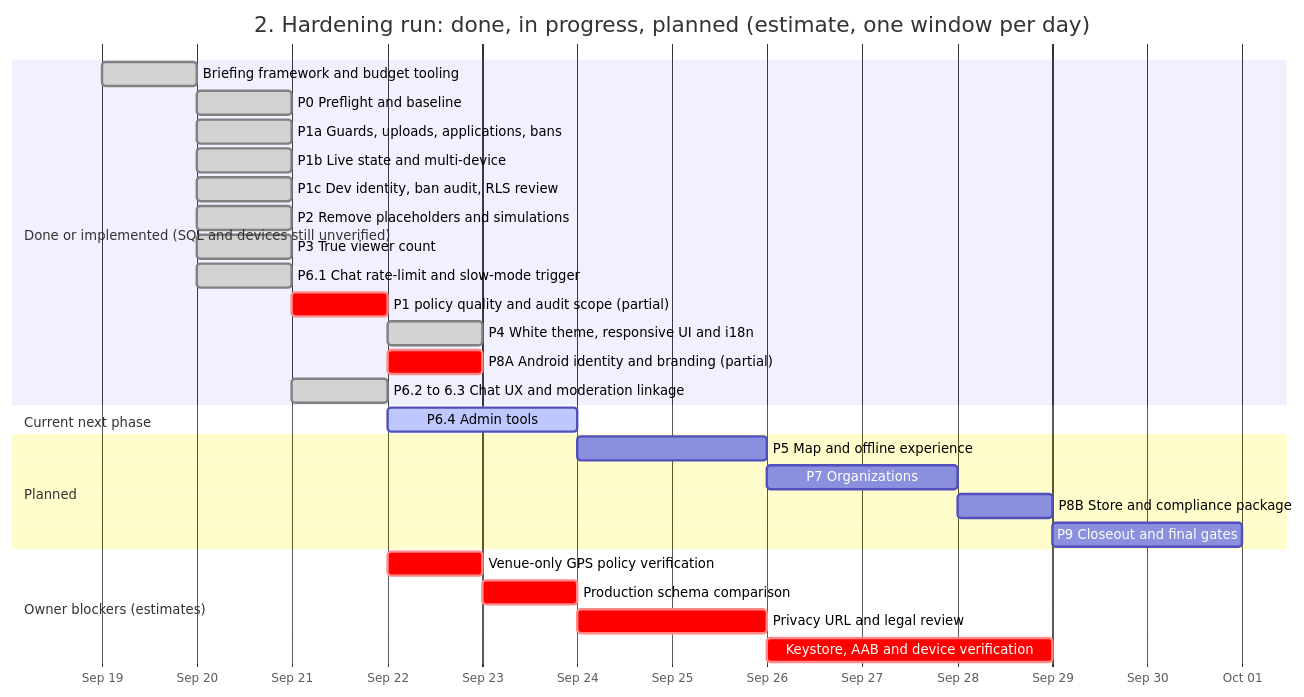
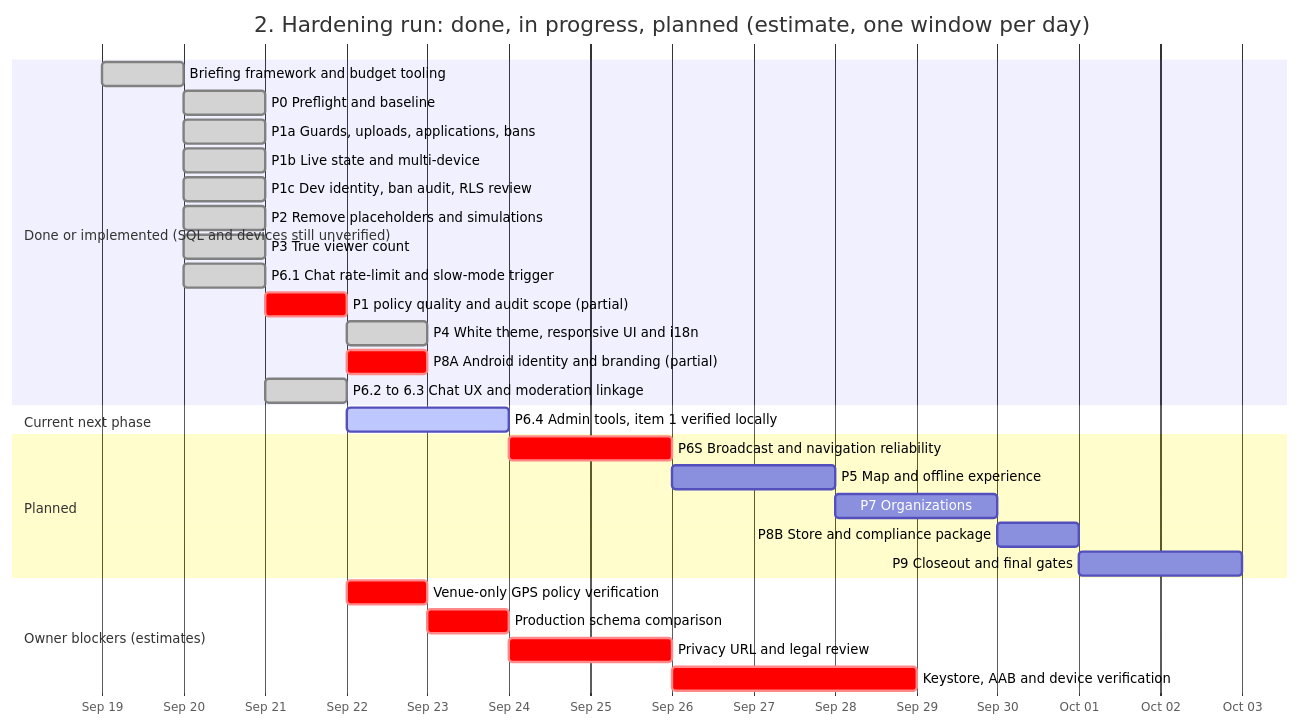
The second of 3 diagrams in Roadmap.md (ameeralhatemi67-debug/Stream_application), drawn with Mermaid before and after one commit. The commit also changed other lines of this file and 2 other files, not shown here.

Commit message:
docs(status): record verified P6.4 directory checkpoint

````diff
--- a/Roadmap.md
+++ b/Roadmap.md
@@ -39,32 +39,33 @@
 ```mermaid
 gantt
     title 2. Hardening run: done, in progress, planned (estimate, one window per day)
     dateFormat  YYYY-MM-DD
     axisFormat  %b %d
     tickInterval 1day
     section Done or implemented (SQL and devices still unverified)
     Briefing framework and budget tooling       :done, brief, 2026-09-19, 2026-09-20
     P0 Preflight and baseline                   :done, p0, 2026-09-20, 1d
     P1a Guards, uploads, applications, bans     :done, p1a, 2026-09-20, 1d
     P1b Live state and multi-device             :done, p1b, 2026-09-20, 1d
     P1c Dev identity, ban audit, RLS review     :done, p1c, 2026-09-20, 2026-09-21
     P2 Remove placeholders and simulations      :done, p2, 2026-09-20, 2026-09-21
     P3 True viewer count                        :done, p3, 2026-09-20, 2026-09-21
     P6.1 Chat rate-limit and slow-mode trigger  :done, p61, 2026-09-20, 2026-09-21
     P1 policy quality and audit scope (partial) :crit, p1d, 2026-09-21, 1d
     P4 White theme, responsive UI and i18n      :done, p4, 2026-09-22, 1d
     P8A Android identity and branding (partial)  :crit, p8a, 2026-09-22, 1d
     P6.2 to 6.3 Chat UX and moderation linkage  :done, p6a, 2026-09-21, 1d
     section Current next phase
-    P6.4 Admin tools                             :active, p64, 2026-09-22, 2d
+    P6.4 Admin tools, item 1 verified locally    :active, p64, 2026-09-22, 2d
     section Planned
-    P5 Map and offline experience                :p5, after p64, 2d
+    P6S Broadcast and navigation reliability     :crit, p6s, after p64, 2d
+    P5 Map and offline experience                :p5, after p6s, 2d
     P7 Organizations                             :p7, after p5, 2d
     P8B Store and compliance package             :p8b, after p7, 1d
     P9 Closeout and final gates                  :p9, after p8b, 2d
     section Owner blockers (estimates)
     Venue-only GPS policy verification            :crit, gps, 2026-09-22, 1d
     Production schema comparison                 :crit, prod, after gps, 1d
     Privacy URL and legal review                 :crit, legal, after prod, 2d
     Keystore, AAB and device verification        :crit, release, after legal, 3d
 ```
````
